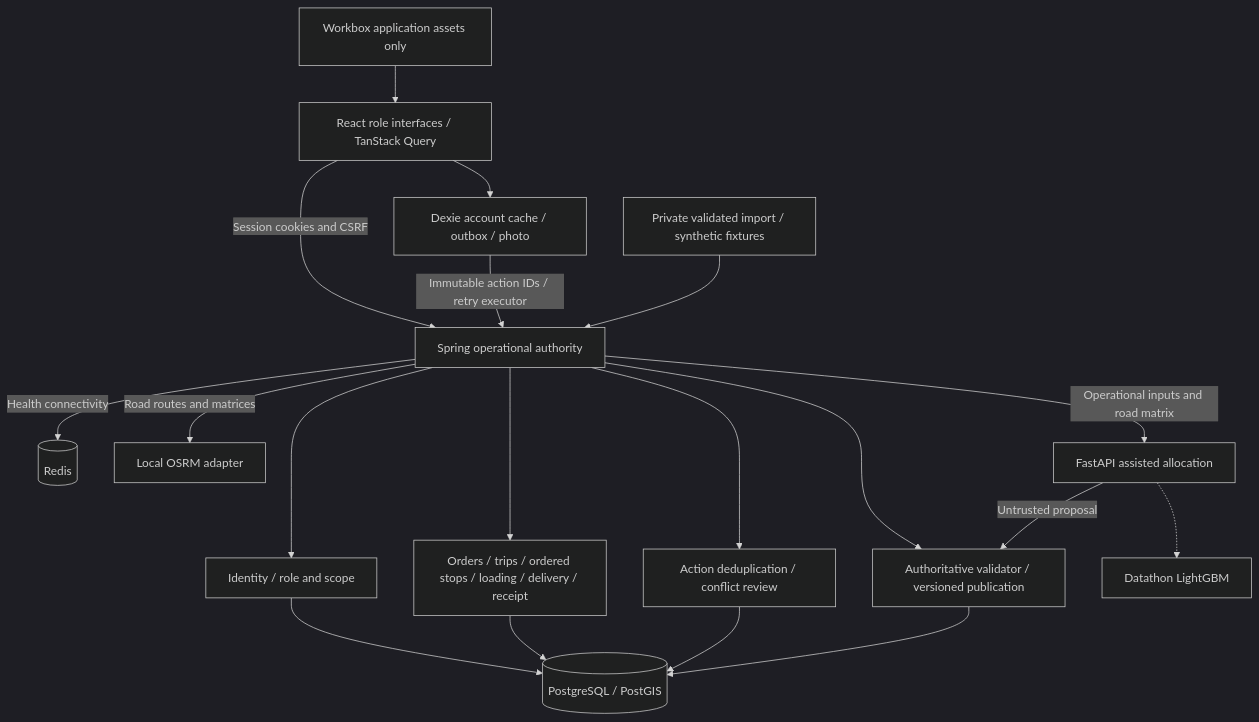
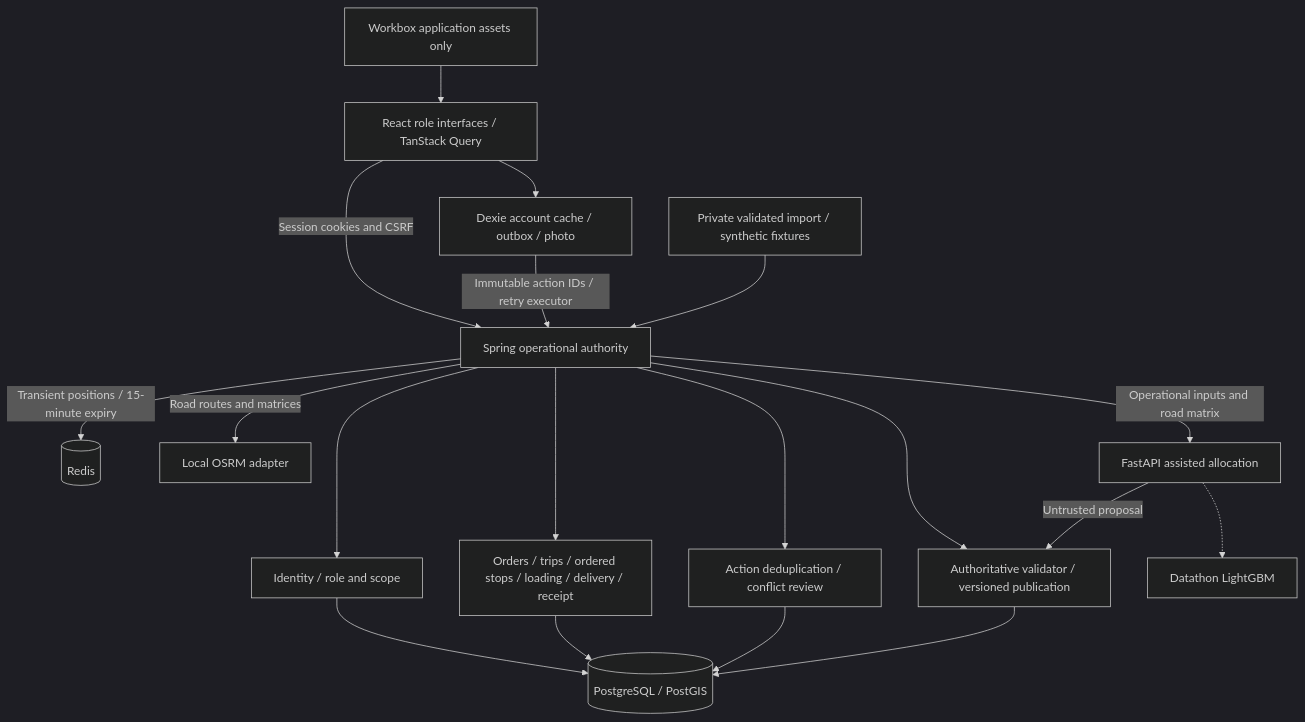
The diagram in docs/architecture.md (Geemal2004/Waypoint-Group), drawn with Mermaid (dark theme) before and after one commit. The commit also changed other lines of this file and 10 other files, not shown here.

````diff
--- a/docs/architecture.md
+++ b/docs/architecture.md
@@ -3,21 +3,21 @@
 ```mermaid
 flowchart TD
   UI[React role interfaces / TanStack Query] -->|Session cookies and CSRF| Core[Spring operational authority]
   UI --> Local[Dexie account cache / outbox / photo]
   Local -->|Immutable action IDs / retry executor| Core
   SW[Workbox application assets only] --> UI
   Core --> Identity[Identity / role and scope]
   Core --> Workflow[Orders / trips / ordered stops / loading / delivery / receipt]
   Core --> Validator[Authoritative validator / versioned publication]
   Core --> Sync[Action deduplication / conflict review]
   Identity --> DB[(PostgreSQL / PostGIS)]
   Workflow --> DB
   Sync --> DB
   Seed[Private validated import / synthetic fixtures] --> Core
-  Core -->|Health connectivity| Redis[(Redis)]
+  Core -->|Transient positions / 15-minute expiry| Redis[(Redis)]
   Core -->|Road routes and matrices| OSRM[Local OSRM adapter]
   Core -->|Operational inputs and road matrix| Python[FastAPI assisted allocation]
   Python -->|Untrusted proposal| Validator
   Validator --> DB
   Python -.-> ML[Datathon LightGBM]
 ```
````
